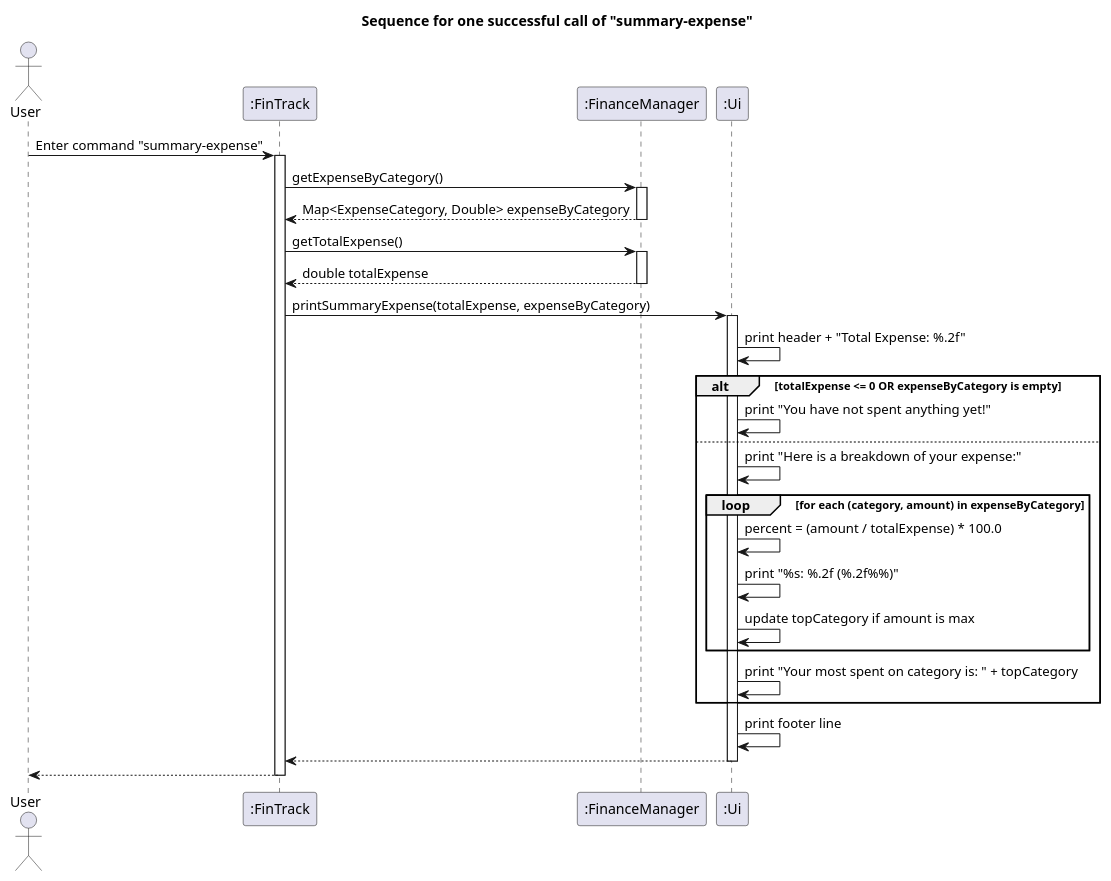
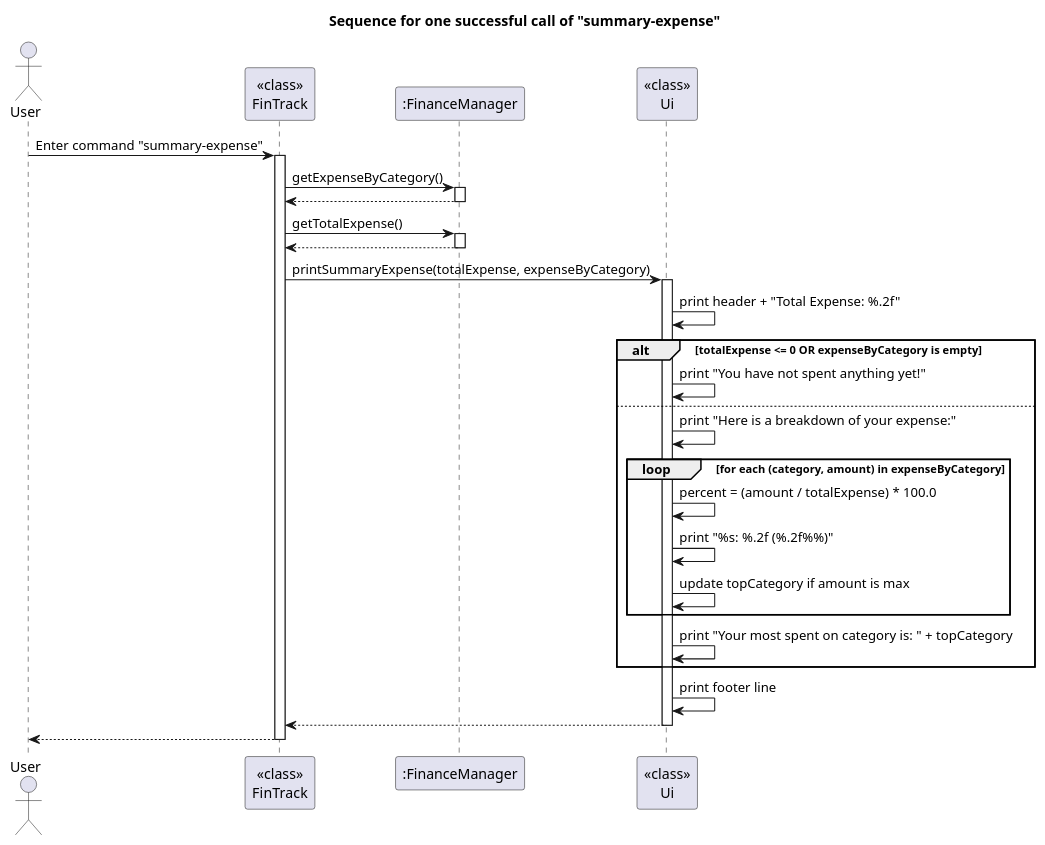
The diagram in docs/diagrams/summary_expense.puml (AY2526S1-CS2113-W12-4/tp), drawn with PlantUML before and after one commit. The commit also changed 18 other files, not shown here.

Commit message:
Add persistence section under implementation in DG, update UML diagrams

```diff
--- a/docs/diagrams/summary_expense.puml
+++ b/docs/diagrams/summary_expense.puml
@@ -1,44 +1,44 @@
 @startuml
 title Sequence for one successful call of "summary-expense"
 
 actor User
-participant ":FinTrack" as FinTrack
+participant "<<class>>\nFinTrack" as FinTrack
 participant ":FinanceManager" as FM
-participant ":Ui" as Ui
+participant "<<class>>\nUi" as Ui
 
 User -> FinTrack: Enter command "summary-expense"
 activate FinTrack
 
 FinTrack -> FM: getExpenseByCategory()
 activate FM
-FM --> FinTrack: Map<ExpenseCategory, Double> expenseByCategory
+FM --> FinTrack
 deactivate FM
 
 FinTrack -> FM: getTotalExpense()
 activate FM
-FM --> FinTrack: double totalExpense
+FM --> FinTrack
 deactivate FM
 
 FinTrack -> Ui: printSummaryExpense(totalExpense, expenseByCategory)
 activate Ui
 Ui -> Ui: print header + "Total Expense: %.2f"
 
 alt totalExpense <= 0 OR expenseByCategory is empty
   Ui -> Ui: print "You have not spent anything yet!"
 else
   Ui -> Ui: print "Here is a breakdown of your expense:"
   loop for each (category, amount) in expenseByCategory
     Ui -> Ui: percent = (amount / totalExpense) * 100.0
     Ui -> Ui: print "%s: %.2f (%.2f%%)"
     Ui -> Ui: update topCategory if amount is max
   end
   Ui -> Ui: print "Your most spent on category is: " + topCategory
 end
 Ui -> Ui: print footer line
 Ui --> FinTrack
 deactivate Ui
 
 FinTrack --> User
 deactivate FinTrack
 
 @enduml
```
